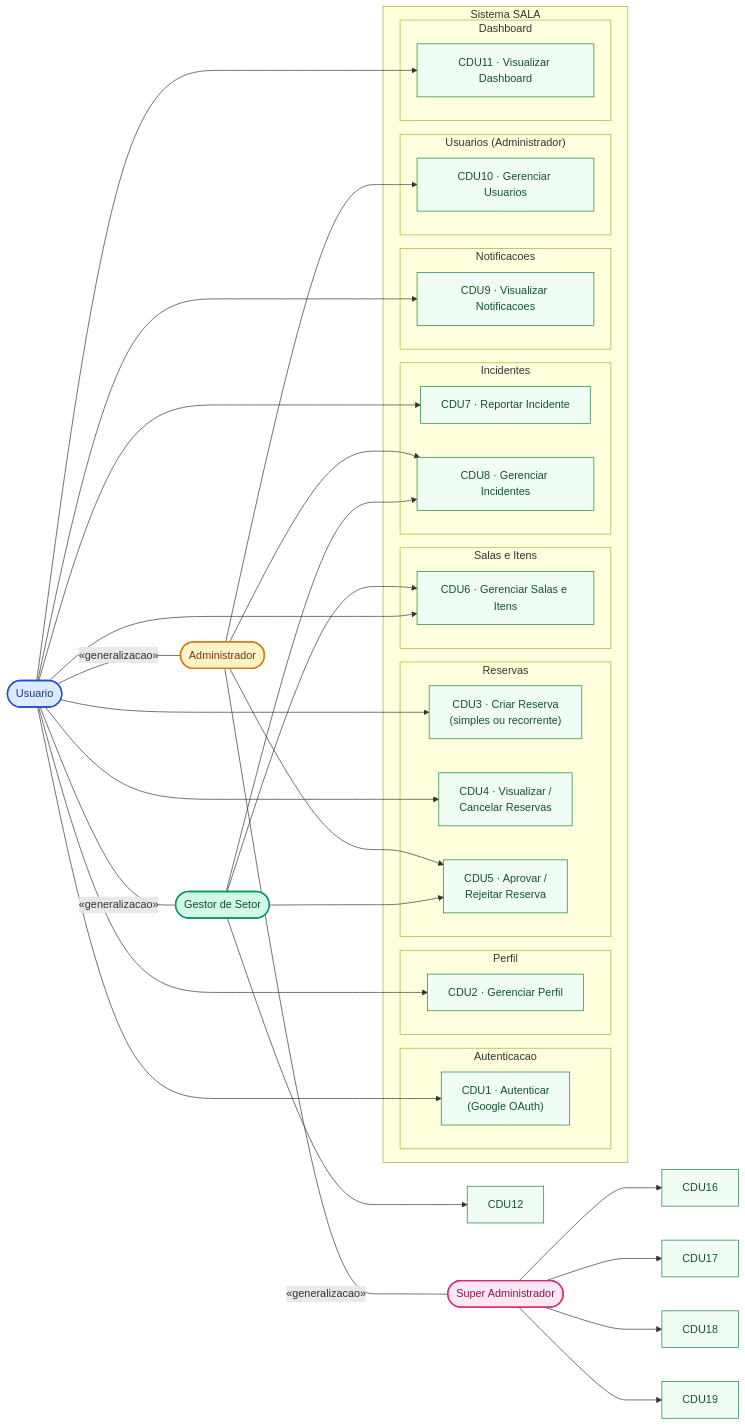
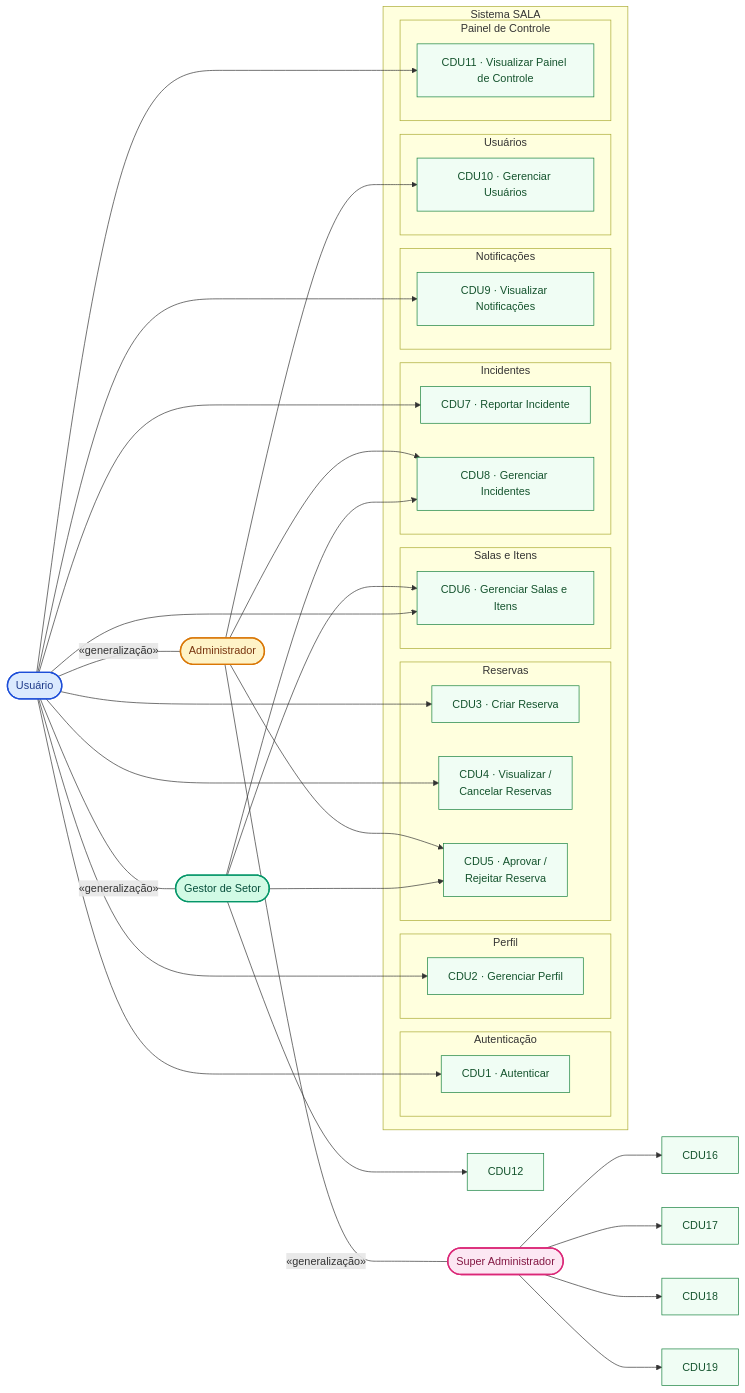
Before and after one commit to oCaioAug/SALA: the diagram in docs/Diagrama-Casos-de-Uso-Web.md, drawn with Mermaid. The commit also changed other lines of this file and 1 other file, not shown here.

Commit message:
docs: create use case diagram and documentation for SALA web system

````diff
--- a/docs/Diagrama-Casos-de-Uso-Web.md
+++ b/docs/Diagrama-Casos-de-Uso-Web.md
@@ -3,21 +3,21 @@
 ```mermaid
 graph LR
     %% -- Atores --
-    User(["Usuario"])
+    User(["Usuário"])
     Admin(["Administrador"])
     SuperAdmin(["Super Administrador"])
     Gestor(["Gestor de Setor"])
 
     %% Generalizacao: Administrador e um Usuario
-    User ---|"«generalizacao»"| Admin
-    Admin ---|"«generalizacao»"| SuperAdmin
-    User ---|"«generalizacao»"| Gestor
+    User ---|"«generalização»"| Admin
+    Admin ---|"«generalização»"| SuperAdmin
+    User ---|"«generalização»"| Gestor
 
     %% -- Casos de Uso --
     subgraph sistema_sala ["Sistema SALA"]
 
-        subgraph auth ["Autenticacao"]
-            CDU1["CDU1 · Autenticar\n(Google OAuth)"]
+        subgraph auth ["Autenticação"]
+            CDU1["CDU1 · Autenticar"]
         end
 
         subgraph perfil ["Perfil"]
@@ -25,7 +25,7 @@
         end
 
         subgraph reservas ["Reservas"]
-            CDU3["CDU3 · Criar Reserva\n(simples ou recorrente)"]
+            CDU3["CDU3 · Criar Reserva"]
             CDU4["CDU4 · Visualizar /\nCancelar Reservas"]
             CDU5["CDU5 · Aprovar /\nRejeitar Reserva"]
         end
@@ -39,16 +39,16 @@
             CDU8["CDU8 · Gerenciar Incidentes"]
         end
 
-        subgraph notificacoes ["Notificacoes"]
-            CDU9["CDU9 · Visualizar Notificacoes"]
+        subgraph notificacoes ["Notificações"]
+            CDU9["CDU9 · Visualizar Notificações"]
         end
 
-        subgraph usuarios_mgmt ["Usuarios (Administrador)"]
-            CDU10["CDU10 · Gerenciar Usuarios"]
+        subgraph usuarios_mgmt ["Usuários"]
+            CDU10["CDU10 · Gerenciar Usuários"]
         end
 
-        subgraph dashboard ["Dashboard"]
-            CDU11["CDU11 · Visualizar Dashboard"]
+        subgraph dashboard ["Painel de Controle"]
+            CDU11["CDU11 · Visualizar Painel de Controle"]
         end
     end
 
@@ -61,7 +61,6 @@
     User --> CDU7
     User --> CDU9
     User --> CDU11
-
 
     %% -- Relacionamentos - Gestor (escopo de setor) --
     Gestor --> CDU5
````
